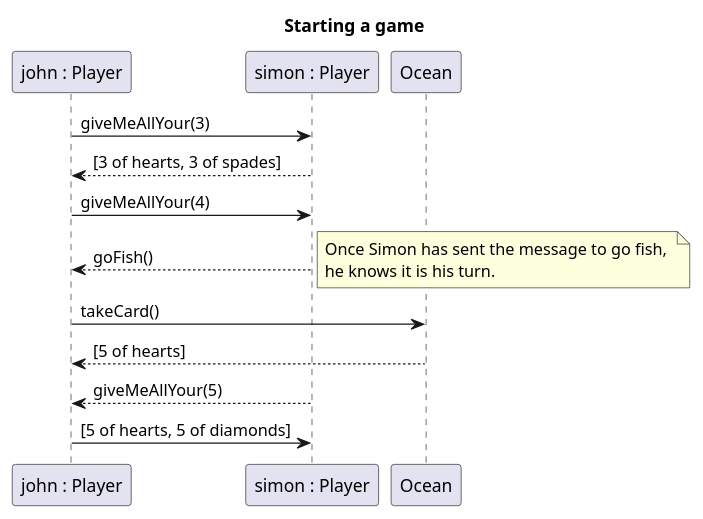
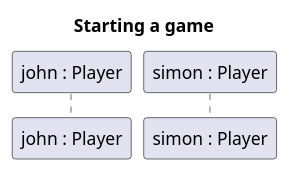
The diagram in modeling/starting_game.plantuml (simonelnahas/go_fish), drawn with PlantUML before and after one commit. The commit also changed 1 other file, not shown here.

```diff
--- a/modeling/starting_game.plantuml
+++ b/modeling/starting_game.plantuml
@@ -1,20 +1,8 @@
 @startuml
 
 title Starting a game
 
 participant "john : Player" as John
 participant "simon : Player" as Simon
 
-John -> Simon: giveMeAllYour(3)
-Simon --> John: [3 of hearts, 3 of spades]
-John -> Simon: giveMeAllYour(4)
-Simon --> John: goFish()
-note right 
-    Once Simon has sent the message to go fish, 
-    he knows it is his turn. 
-end note
-John -> Ocean: takeCard()
-Ocean --> John: [5 of hearts]
-Simon --> John: giveMeAllYour(5)
-John -> Simon: [5 of hearts, 5 of diamonds]
 @enduml
```
